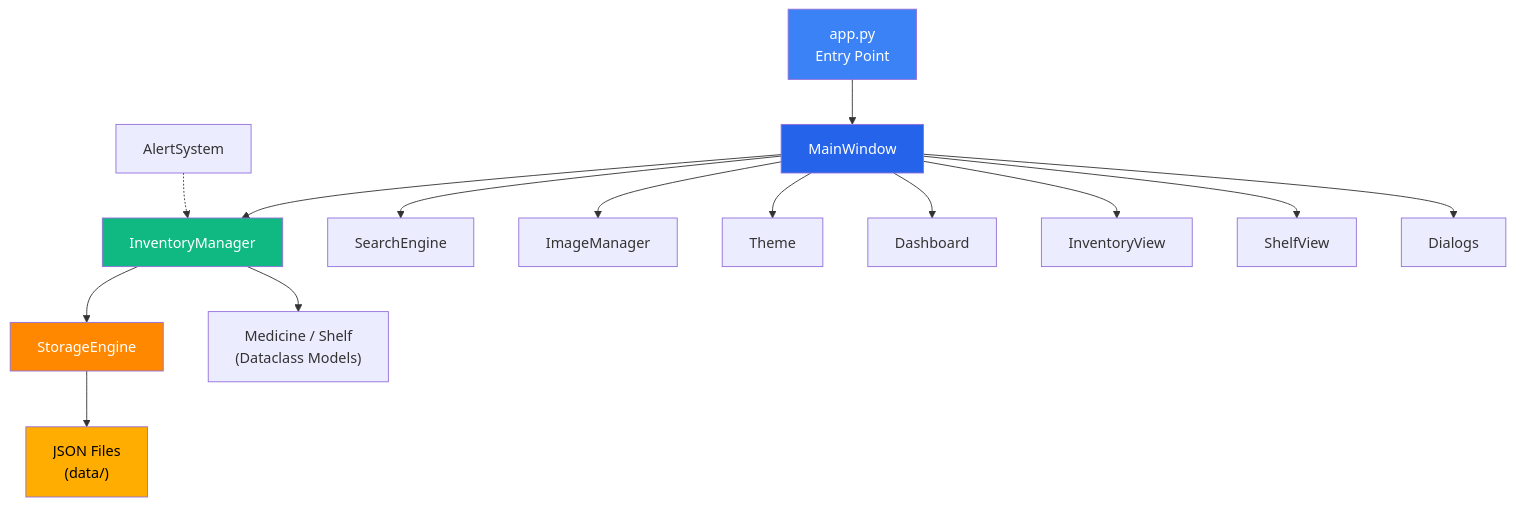
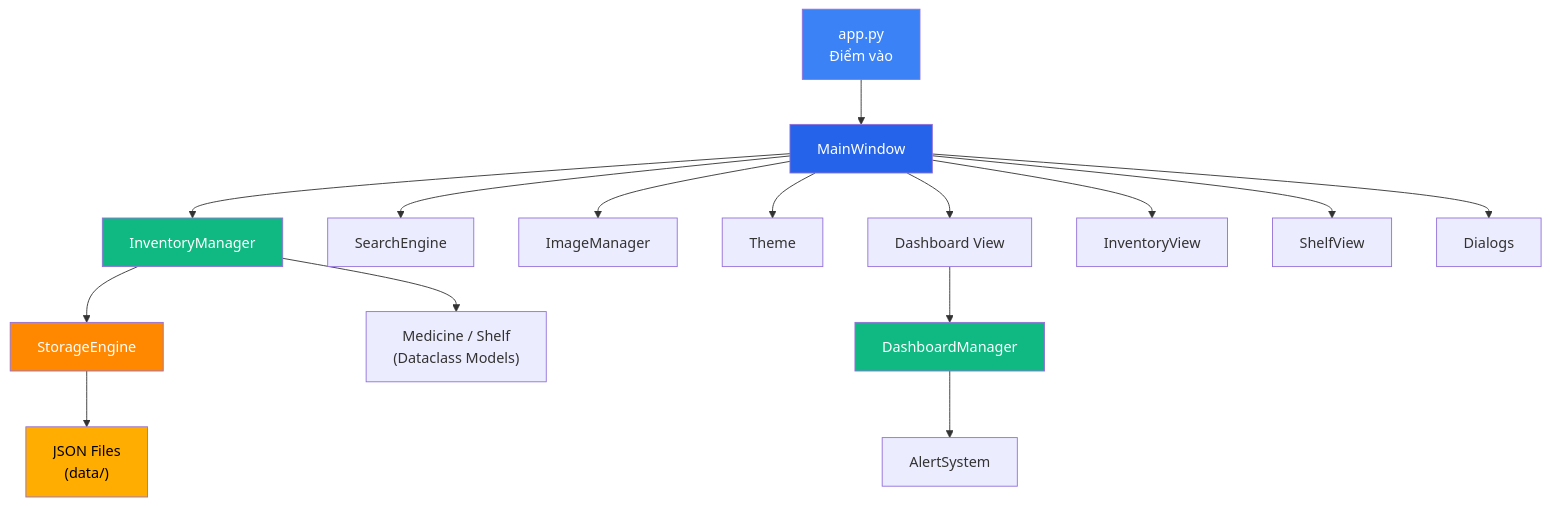
Before and after one commit to Des1r3d/KiThuatLapTrinhNhom3: the first of 3 diagrams in context.md, drawn with Mermaid. The commit also changed other lines of this file and 30 other files, not shown here.

````diff
--- a/context.md
+++ b/context.md
@@ -171,26 +187,27 @@
 ```mermaid
 graph TB
-    A[app.py<br>Entry Point] --> B[MainWindow]
+    A[app.py<br>Điểm vào] --> B[MainWindow]
     
     B --> C[InventoryManager]
     B --> D[SearchEngine]
     B --> E[ImageManager]
     B --> F[Theme]
     
     C --> G[StorageEngine]
     C --> H["Medicine / Shelf<br>(Dataclass Models)"]
     G --> I["JSON Files<br>(data/)"]
     
-    B --> J[Dashboard]
+    B --> J[Dashboard View]
+    J --> DM[DashboardManager]
+    DM --> N[AlertSystem]
     B --> K[InventoryView]
     B --> L[ShelfView]
     B --> M[Dialogs]
     
-    N[AlertSystem] -.-> C
-    
     style A fill:#3B82F6,color:#fff
     style B fill:#2563EB,color:#fff
     style C fill:#10B981,color:#fff
+    style DM fill:#10B981,color:#fff
     style G fill:#FF8800,color:#fff
     style I fill:#FFAD00,color:#000
 ```
````
